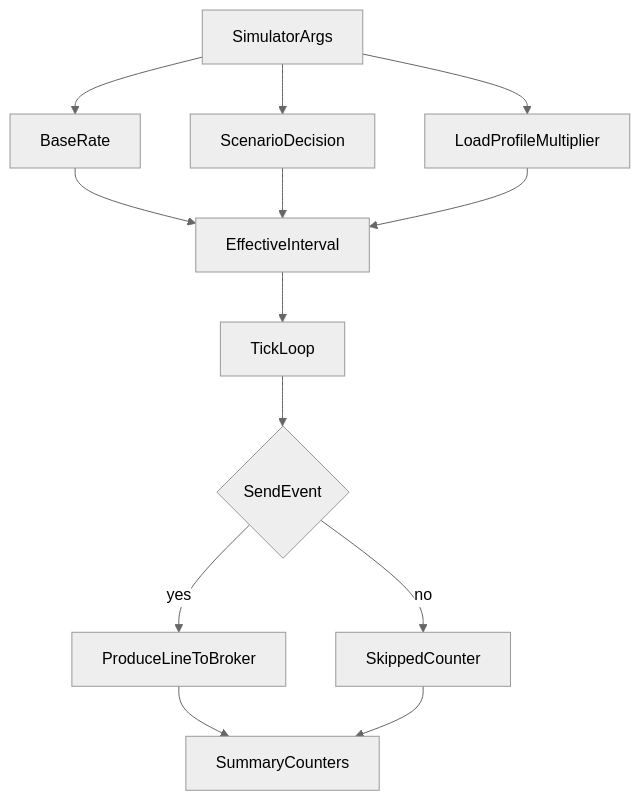
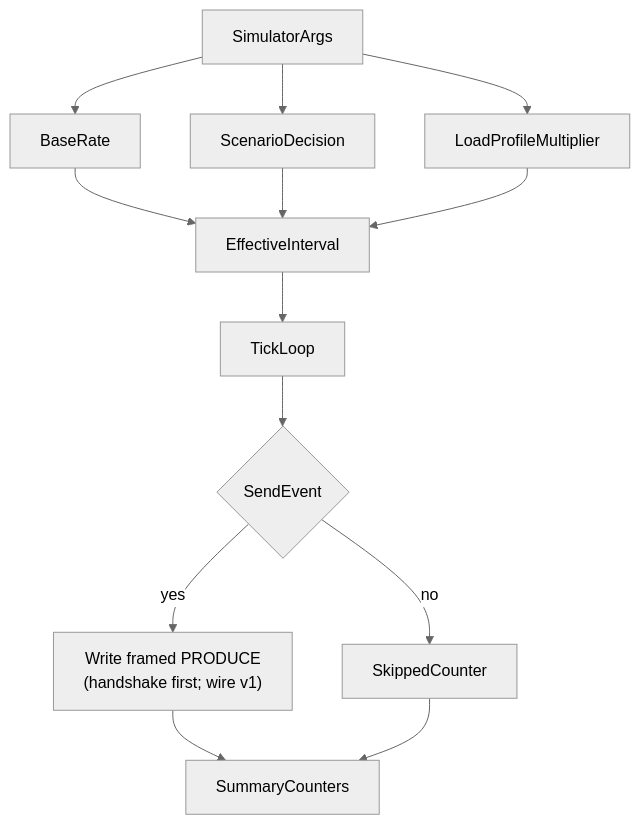
One commit to RunBerserk/herbatka changed the diagram in assets/diagrams/mmd/simulator-load-flow.mmd. Above: the diagram before and after it, drawn with Mermaid (neutral theme). The commit also changed 11 other files, not shown here.

First line of the commit message:
docs(diagrams): refresh Mermaid sources and SVG exports

```diff
--- a/assets/diagrams/mmd/simulator-load-flow.mmd
+++ b/assets/diagrams/mmd/simulator-load-flow.mmd
@@ -1,13 +1,13 @@
 flowchart TD
     args[SimulatorArgs] --> base[BaseRate]
     args --> scenario[ScenarioDecision]
     args --> profile[LoadProfileMultiplier]
     base --> combine[EffectiveInterval]
     scenario --> combine
     profile --> combine
     combine --> tick[TickLoop]
     tick --> send{SendEvent}
-    send -->|yes| produce[ProduceLineToBroker]
+    send -->|yes| produce["Write framed PRODUCE\n(handshake first; wire v1)"]
     send -->|no| skip[SkippedCounter]
     produce --> summary[SummaryCounters]
     skip --> summary
```
